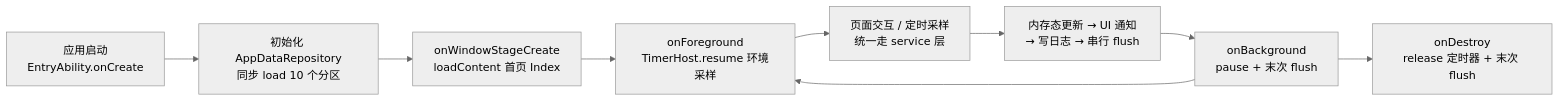
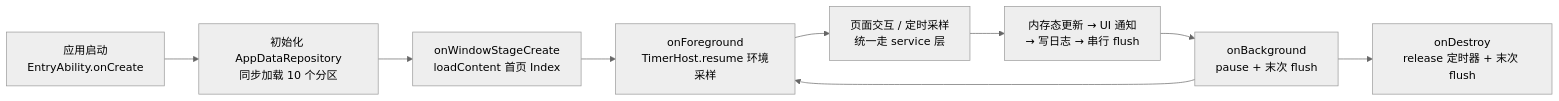
One commit to Yu-qiamWei/SmartDorm-HarmonyOS changed the first of 3 diagrams in docs/软件需求说明书.md. Above: the diagram before and after it, drawn with Mermaid (neutral theme). The commit also changed other lines of this file, not shown here.

````diff
--- a/docs/软件需求说明书.md
+++ b/docs/软件需求说明书.md
@@ -506,11 +43,11 @@
 ```mermaid
 flowchart LR
-    A["应用启动<br/>EntryAbility.onCreate"] --> B["初始化 AppDataRepository<br/>同步 load 10 个分区"]
+    A["应用启动<br/>EntryAbility.onCreate"] --> B["初始化 AppDataRepository<br/>同步加载 10 个分区"]
     B --> C["onWindowStageCreate<br/>loadContent 首页 Index"]
     C --> D["onForeground<br/>TimerHost.resume 环境采样"]
     D --> E["页面交互 / 定时采样<br/>统一走 service 层"]
     E --> F["内存态更新 → UI 通知<br/>→ 写日志 → 串行 flush"]
     F --> G["onBackground<br/>pause + 末次 flush"]
     G --> D
     G --> H["onDestroy<br/>release 定时器 + 末次 flush"]
 ```
````
